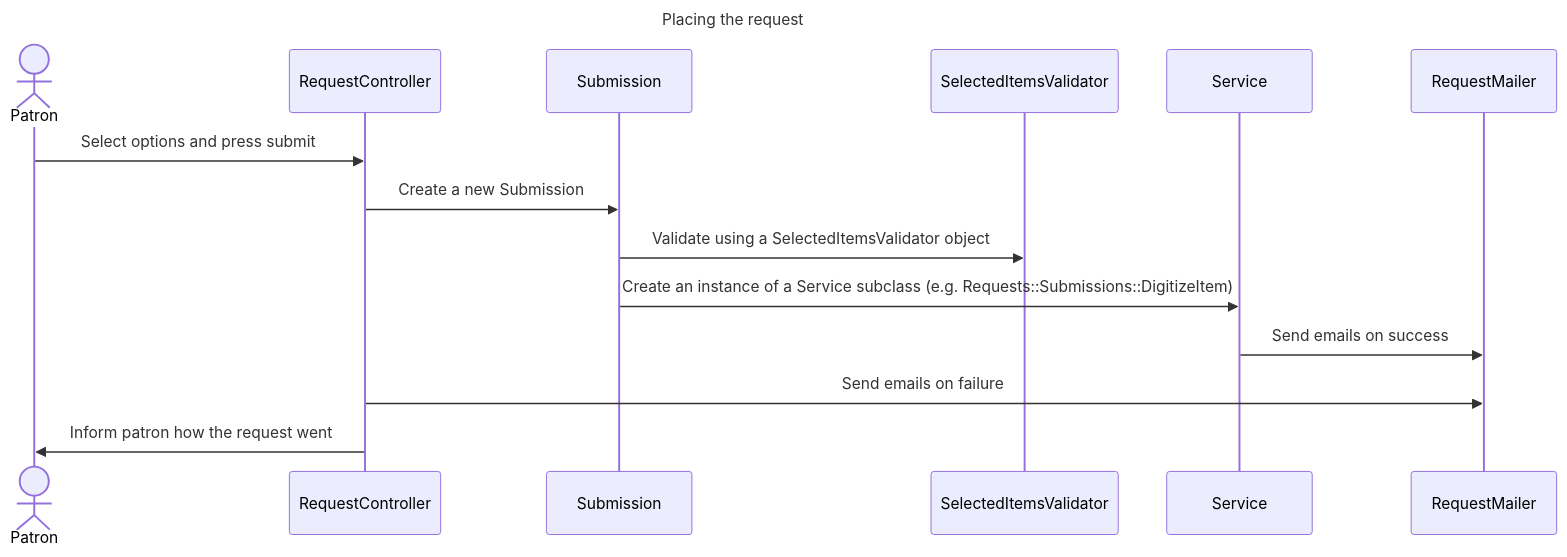
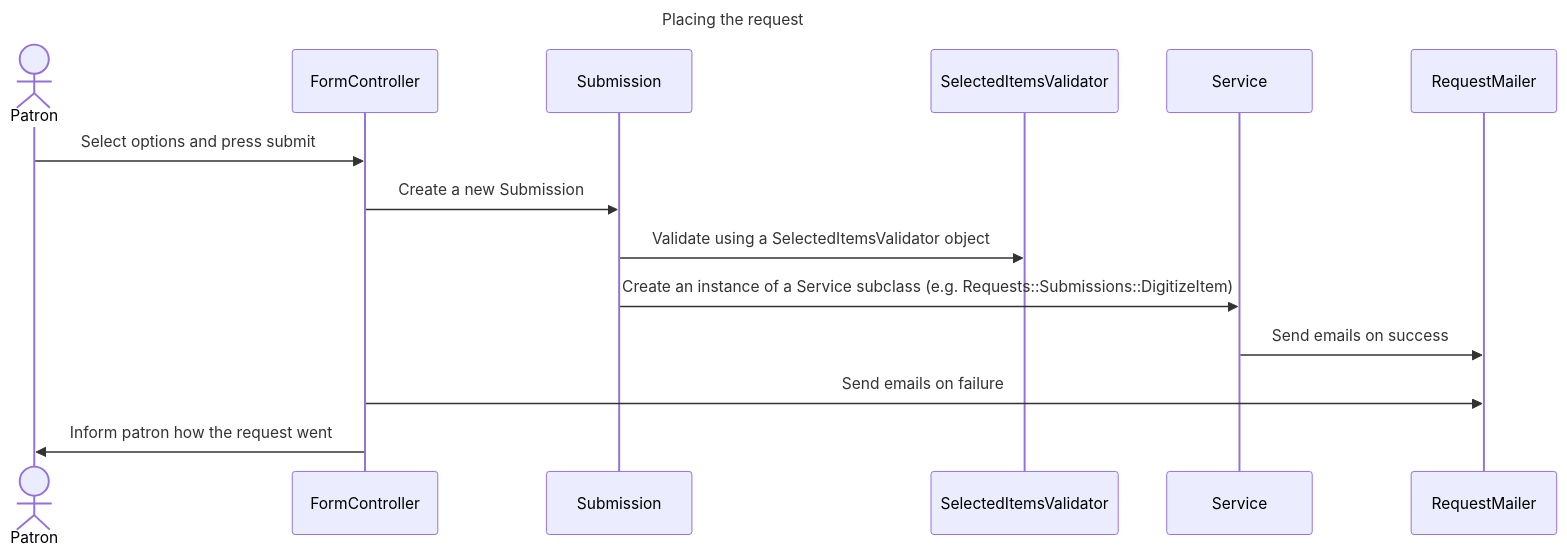
One commit to pulibrary/orangelight changed the third of 3 diagrams in docs/requests/README.md. Above: the diagram before and after it, drawn with Mermaid. The commit also changed other lines of this file and 50 other files, not shown here.

Commit message:
Rename directory structure request-> form Rename file names Rename cassetes files

````diff
--- a/docs/requests/README.md
+++ b/docs/requests/README.md
@@ -89,12 +89,12 @@
 ```mermaid
 sequenceDiagram
     title Placing the request
     actor patron as Patron
-    patron->>RequestController: Select options and press submit
-    RequestController->>Submission: Create a new Submission
+    patron->>FormController: Select options and press submit
+    FormController->>Submission: Create a new Submission
     Submission->>SelectedItemsValidator: Validate using a SelectedItemsValidator object
     Submission->>Service: Create an instance of a Service subclass (e.g. Requests::Submissions::DigitizeItem)
     Service->>RequestMailer: Send emails on success
-    RequestController->>RequestMailer: Send emails on failure
-    RequestController->>patron: Inform patron how the request went
+    FormController->>RequestMailer: Send emails on failure
+    FormController->>patron: Inform patron how the request went
 ```
````
